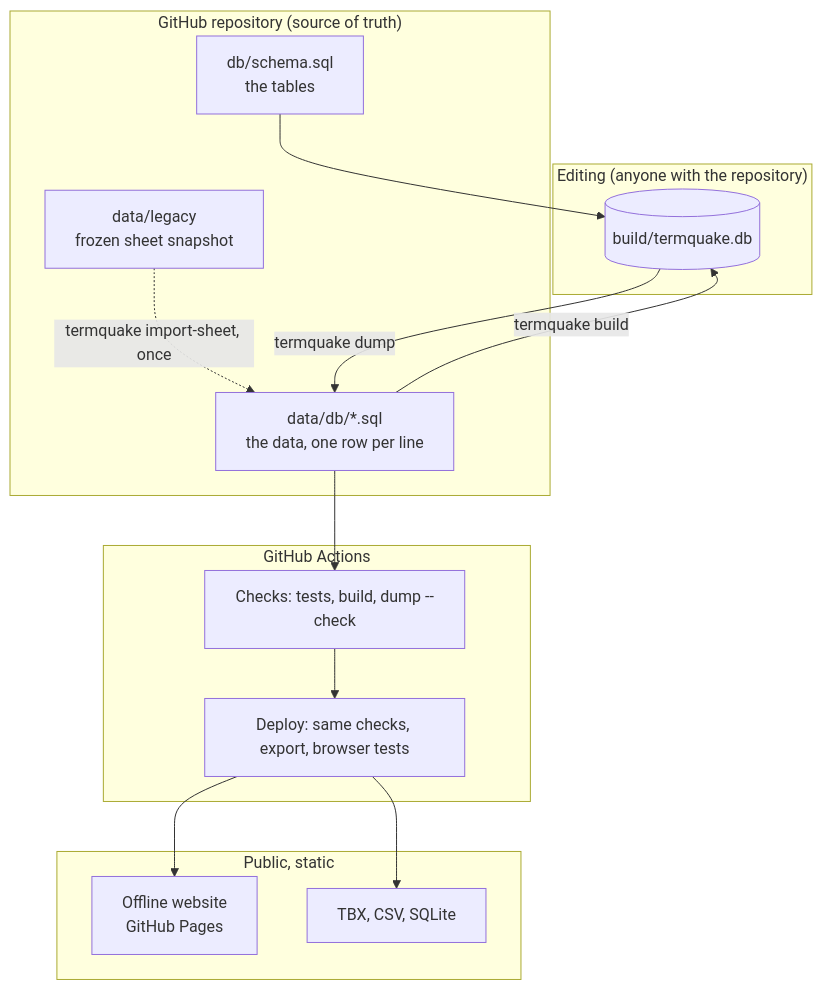
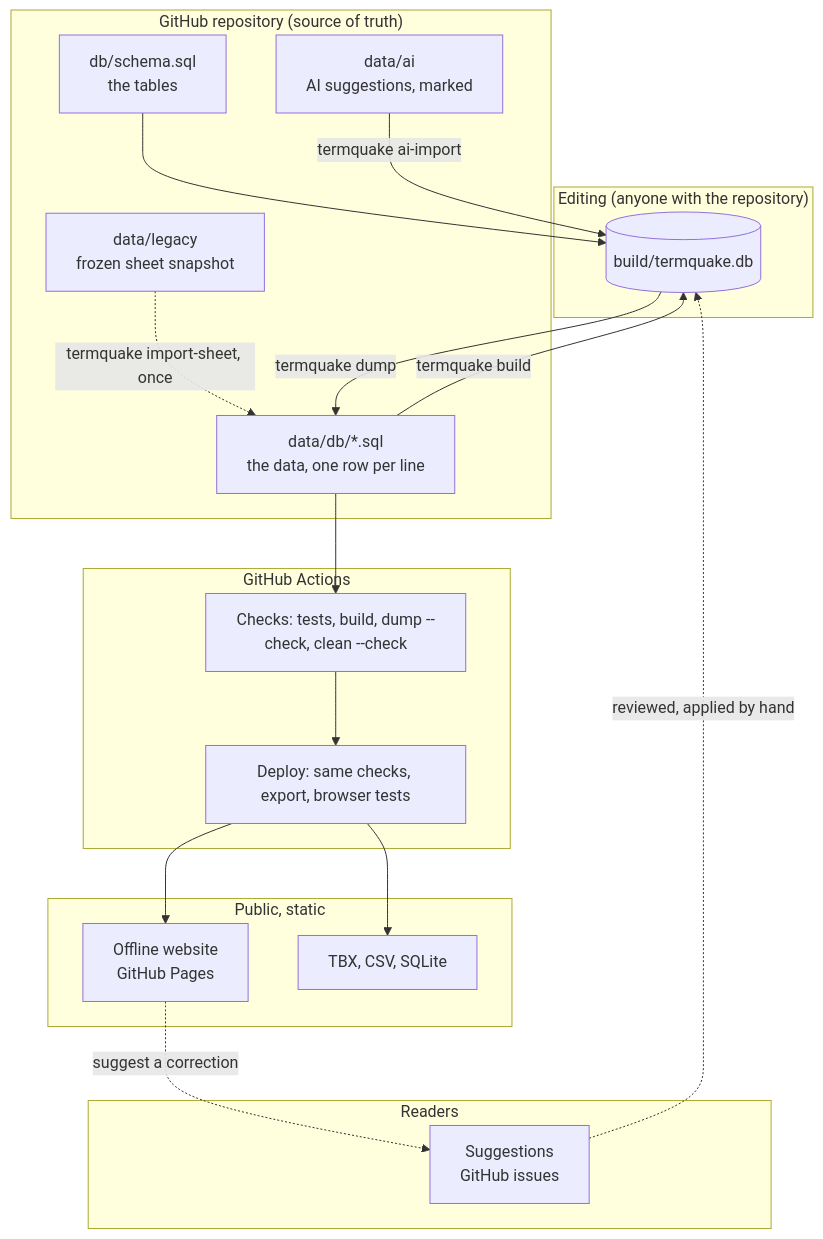
One commit to ysfztpp/TermQuake changed the diagram in docs/ARCHITECTURE.md. Above: the diagram before and after it, drawn with Mermaid. The commit also changed other lines of this file and 3 other files, not shown here.

First line of the commit message:
Update the README and diagrams for the current site and data

````diff
--- a/docs/ARCHITECTURE.md
+++ b/docs/ARCHITECTURE.md
@@ -20,25 +20,32 @@
 ```mermaid
 flowchart TB
   subgraph Repo["GitHub repository (source of truth)"]
     S[db/schema.sql<br/>the tables]
     D[data/db/*.sql<br/>the data, one row per line]
     L[data/legacy<br/>frozen sheet snapshot]
+    A[data/ai<br/>AI suggestions, marked]
   end
   subgraph Local["Editing (anyone with the repository)"]
     B[(build/termquake.db)]
   end
   subgraph CI["GitHub Actions"]
-    C[Checks: tests, build, dump --check]
+    C[Checks: tests, build, dump --check, clean --check]
     P[Deploy: same checks, export, browser tests]
   end
   subgraph Public["Public, static"]
     W[Offline website<br/>GitHub Pages]
     DL[TBX, CSV, SQLite]
   end
+  subgraph People["Readers"]
+    G[Suggestions<br/>GitHub issues]
+  end
   L -. termquake import-sheet, once .-> D
   S --> B
   D -- termquake build --> B
+  A -- termquake ai-import --> B
   B -- termquake dump --> D
   D --> C --> P --> W
   P --> DL
+  W -. suggest a correction .-> G
+  G -. reviewed, applied by hand .-> B
 ```
````
